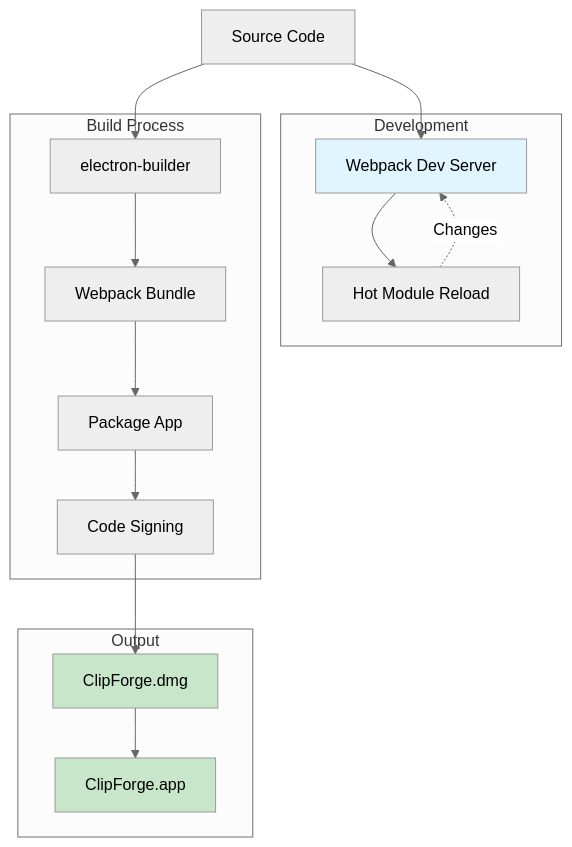
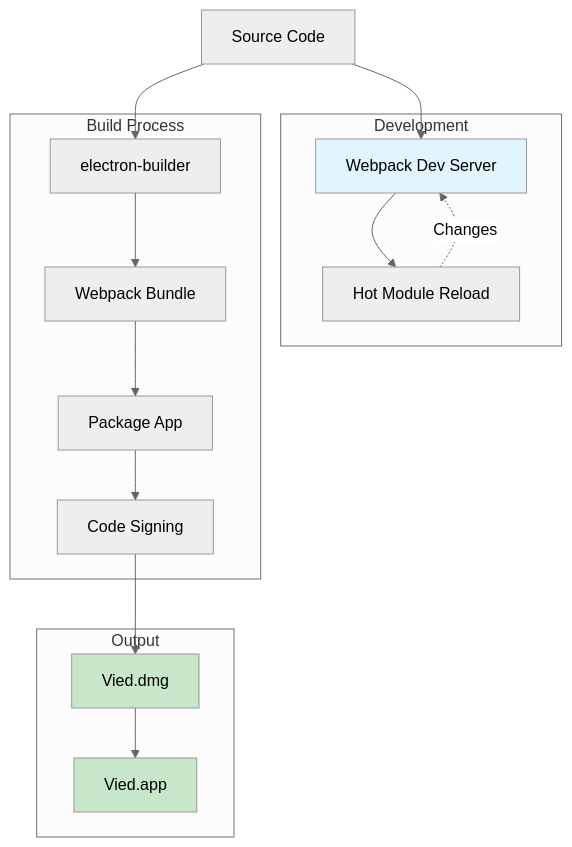
The tenth of 11 diagrams in architecture.md (Rhoahndur/Vied), drawn with Mermaid (neutral theme) before and after one commit. The commit also changed other lines of this file and 23 other files, not shown here.

````diff
--- a/architecture.md
+++ b/architecture.md
@@ -450,36 +450,36 @@
 ```mermaid
 flowchart TD
     Source[Source Code]
     
     subgraph "Development"
         DevServer[Webpack Dev Server]
         HMR[Hot Module Reload]
     end
     
     subgraph "Build Process"
         ElectronBuilder[electron-builder]
         Webpack[Webpack Bundle]
         Package[Package App]
         Sign[Code Signing]
     end
     
     subgraph "Output"
-        DMG[ClipForge.dmg]
-        AppBundle[ClipForge.app]
+        DMG[Vied.dmg]
+        AppBundle[Vied.app]
     end
     
     Source --> DevServer
     DevServer --> HMR
     HMR -.->|Changes| DevServer
     
     Source --> ElectronBuilder
     ElectronBuilder --> Webpack
     Webpack --> Package
     Package --> Sign
     Sign --> DMG
     DMG --> AppBundle
     
     style DevServer fill:#e1f5ff
     style DMG fill:#c8e6c9
     style AppBundle fill:#c8e6c9
 ```
````
